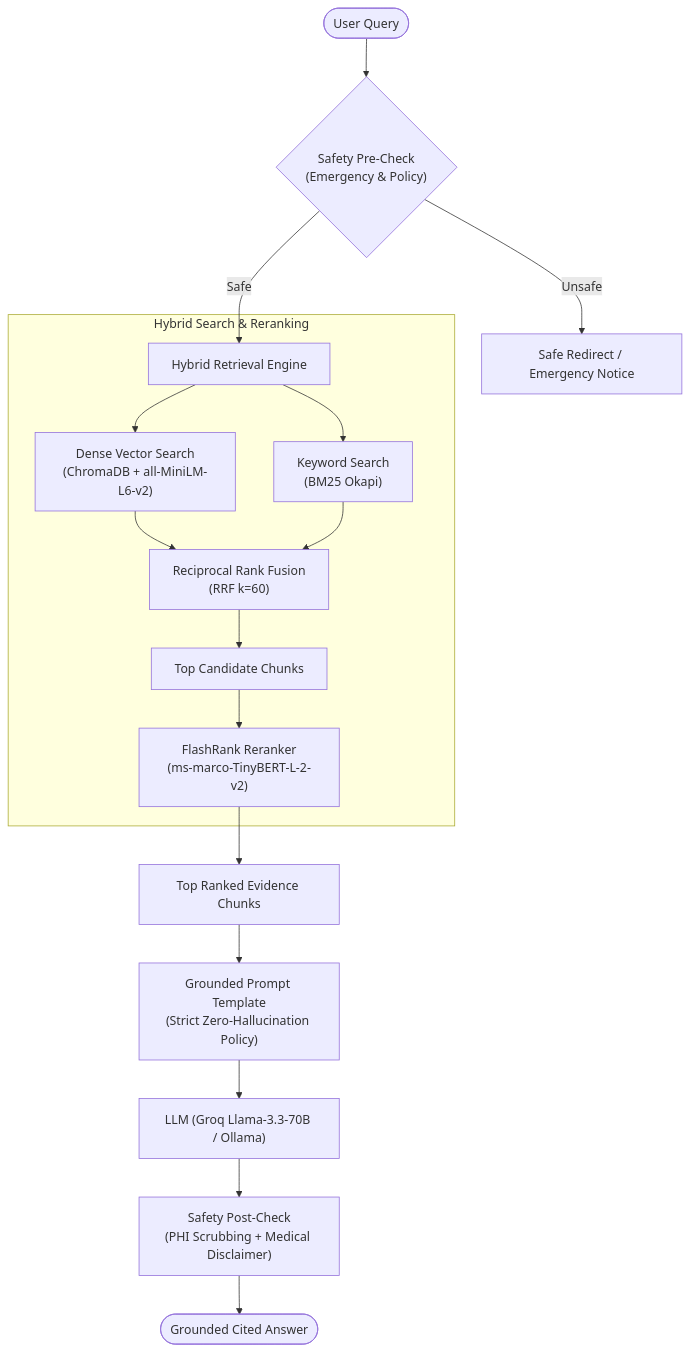
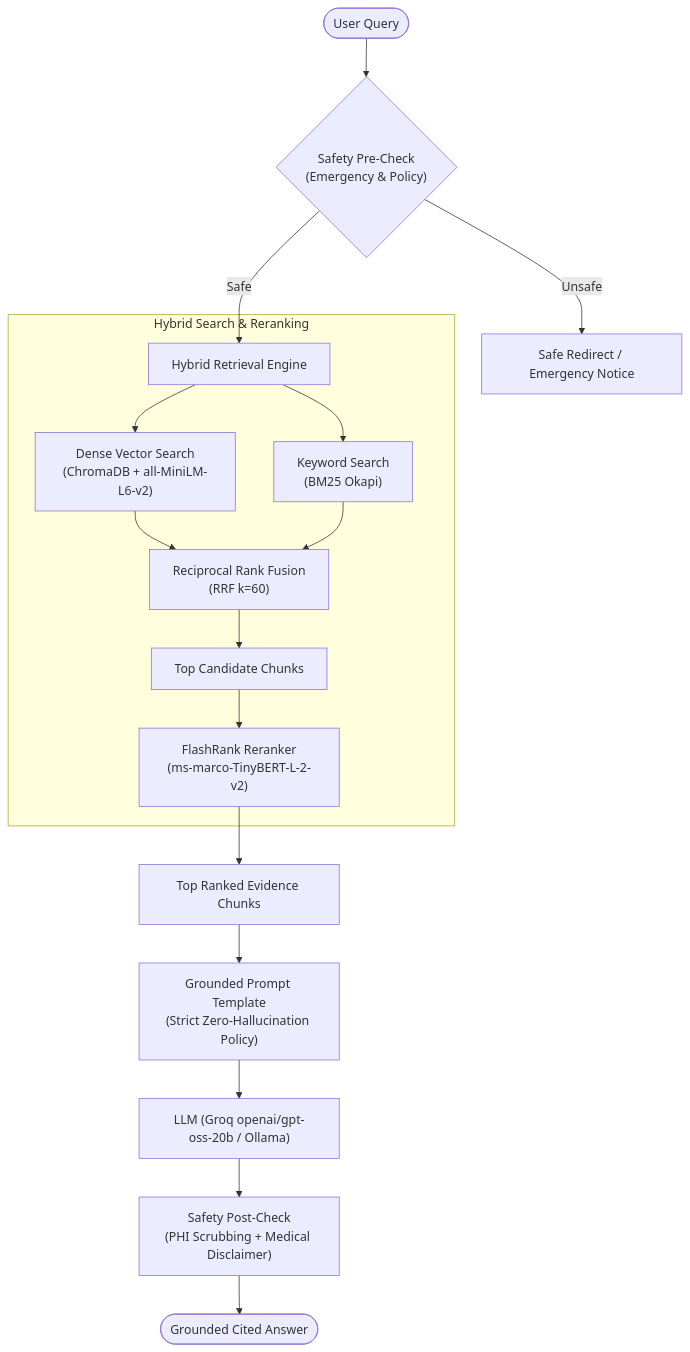
One commit to vinay-ghate/medical-RAG changed the diagram in README.md. Above: the diagram before and after it, drawn with Mermaid. The commit also changed other lines of this file, not shown here.

````diff
--- a/README.md
+++ b/README.md
@@ -9,20 +9,20 @@
 ```mermaid
 flowchart TD
     UserQuery(["User Query"]) --> PreCheck{"Safety Pre-Check\n(Emergency & Policy)"}
     PreCheck -- Unsafe --> SafeRedirect["Safe Redirect / Emergency Notice"]
     PreCheck -- Safe --> HybridRetriever["Hybrid Retrieval Engine"]
     
     subgraph Retrieval ["Hybrid Search & Reranking"]
         HybridRetriever --> Dense["Dense Vector Search\n(ChromaDB + all-MiniLM-L6-v2)"]
         HybridRetriever --> Sparse["Keyword Search\n(BM25 Okapi)"]
         Dense & Sparse --> RRF["Reciprocal Rank Fusion\n(RRF k=60)"]
         RRF --> TopCandidates["Top Candidate Chunks"]
         TopCandidates --> CrossEncoder["FlashRank Reranker\n(ms-marco-TinyBERT-L-2-v2)"]
     end
 
     CrossEncoder --> TopReranked["Top Ranked Evidence Chunks"]
     TopReranked --> Prompt["Grounded Prompt Template\n(Strict Zero-Hallucination Policy)"]
-    Prompt --> LLM["LLM (Groq Llama-3.3-70B / Ollama)"]
+    Prompt --> LLM["LLM (Groq openai/gpt-oss-20b / Ollama)"]
     LLM --> PostCheck["Safety Post-Check\n(PHI Scrubbing + Medical Disclaimer)"]
     PostCheck --> FinalAnswer(["Grounded Cited Answer"])
 ```
````
